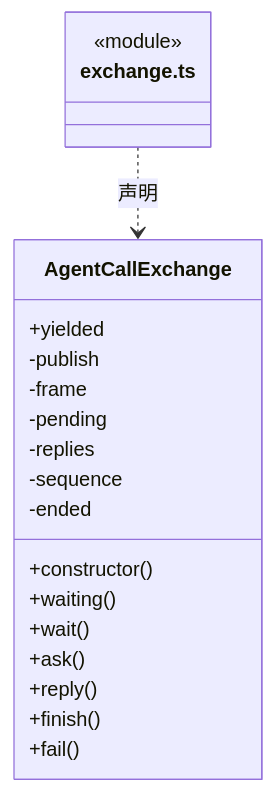
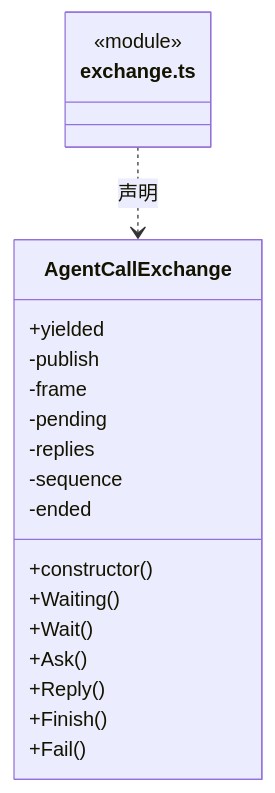
The fifth of 7 diagrams in src/logic/agents/ARCHITECTURE.md (nan023062/cbim), drawn with Mermaid before and after one commit. The commit also changed other lines of this file and 1035 other files, not shown here.

````diff
--- a/src/logic/agents/ARCHITECTURE.md
+++ b/src/logic/agents/ARCHITECTURE.md
@@ -143,23 +143,23 @@
 ```mermaid
 classDiagram
 class N_src_logic_agents_exchange_ts["exchange.ts"] {
   <<module>>
 }
 class N_src_logic_agents_exchange_ts_AgentCallExchange["AgentCallExchange"] {
   +yielded
   +constructor()
-  +waiting()
-  +wait()
-  +ask()
-  +reply()
-  +finish()
-  +fail()
+  +Waiting()
+  +Wait()
+  +Ask()
+  +Reply()
+  +Finish()
+  +Fail()
   -publish
   -frame
   -pending
   -replies
   -sequence
   -ended
 }
 N_src_logic_agents_exchange_ts ..> N_src_logic_agents_exchange_ts_AgentCallExchange : 声明
 ```
````
